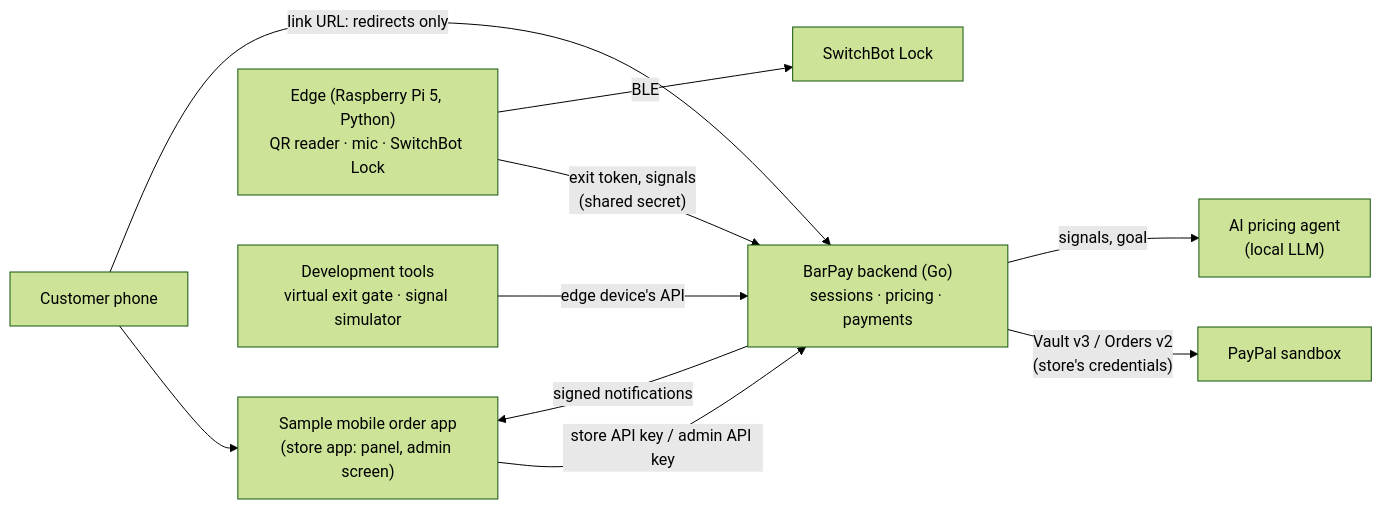
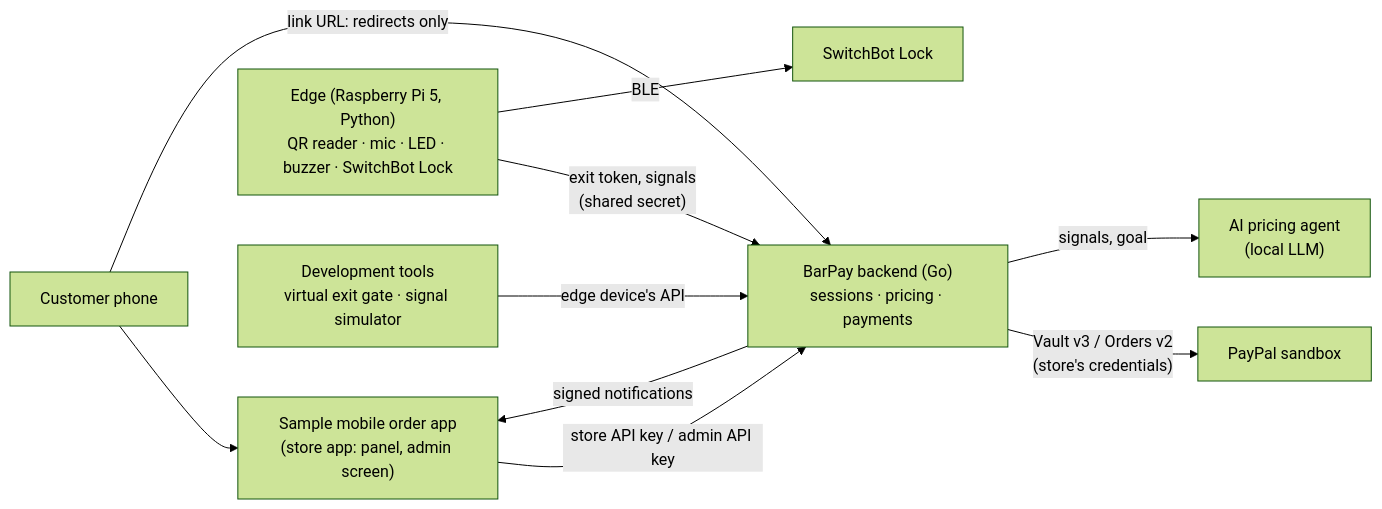
One commit to sumiredc/barpay changed the fourth of 4 diagrams in docs/PRD.md. Above: the diagram before and after it, drawn with Mermaid (forest theme). The commit also changed other lines of this file and 2 other files, not shown here.

First line of the commit message:
Settle the real edge device's indicator, reader, lock and liveliness in the PRD

````diff
--- a/docs/PRD.md
+++ b/docs/PRD.md
@@ -343,12 +361,12 @@
 ```mermaid
 flowchart LR
   Phone["Customer phone"] --> App["Sample mobile order app<br/>(store app: panel, admin screen)"]
   Phone -- "link URL: redirects only" --> API
   App -- "store API key / admin API key" --> API
   API -- "signed notifications" --> App
   API["BarPay backend (Go)<br/>sessions · pricing · payments"] -- "Vault v3 / Orders v2<br/>(store's credentials)" --> PP["PayPal sandbox"]
   API -- "signals, goal" --> LLM["AI pricing agent<br/>(local LLM)"]
-  Edge["Edge (Raspberry Pi 5, Python)<br/>QR reader · mic · SwitchBot Lock"] -- "exit token, signals<br/>(shared secret)" --> API
+  Edge["Edge (Raspberry Pi 5, Python)<br/>QR reader · mic · LED · buzzer · SwitchBot Lock"] -- "exit token, signals<br/>(shared secret)" --> API
   Edge -- BLE --> Lock["SwitchBot Lock"]
   Dev["Development tools<br/>virtual exit gate · signal simulator"] -- "edge device's API" --> API
 ```
````
